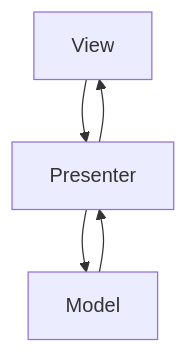
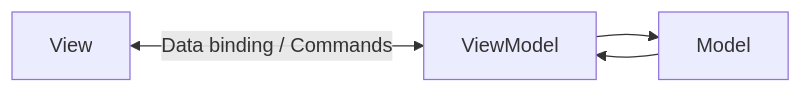
Before and after one commit to Kert0n/KPO: the ninth of 10 diagrams in lectures/Lec8/vitepress.md, drawn with Mermaid. The commit also changed other lines of this file and 9 other files, not shown here.

````diff
--- a/lectures/Lec8/vitepress.md
+++ b/lectures/Lec8/vitepress.md
@@ -376,7 +1015,6 @@
 ```mermaid
-flowchart TD
-    View[View] --> Presenter[Presenter]
-    Presenter --> Model[Model]
-    Model --> Presenter
-    Presenter --> View
+flowchart LR
+    View["View"] <-->|"Data binding / Commands"| ViewModel["ViewModel"]
+    ViewModel --> Model["Model"]
+    Model --> ViewModel
 ```
````
